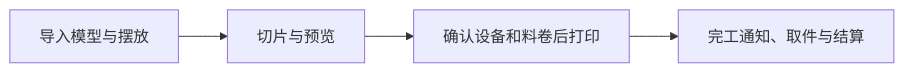
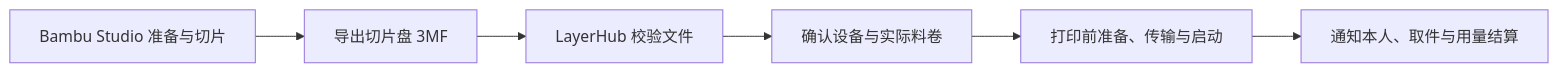
One commit to Tuang-Gaashuan/LayerHub changed the diagram in README.zh-CN.md. Above: the diagram before and after it, drawn with Mermaid. The commit also changed other lines of this file and 156 other files, not shown here.

````diff
--- a/README.zh-CN.md
+++ b/README.zh-CN.md
@@ -77,6 +33,8 @@
 ```mermaid
 flowchart LR
-    Prepare[导入模型与摆放] --> Slice[切片与预览]
-    Slice --> Print[确认设备和料卷后打印]
-    Print --> Finish[完工通知、取件与结算]
+    Studio[Bambu Studio 准备与切片] --> File[导出切片盘 3MF]
+    File --> Inspect[LayerHub 校验文件]
+    Inspect --> Queue[确认设备与实际料卷]
+    Queue --> Print[打印前准备、传输与启动]
+    Print --> Finish[通知本人、取件与用量结算]
 ```
````
